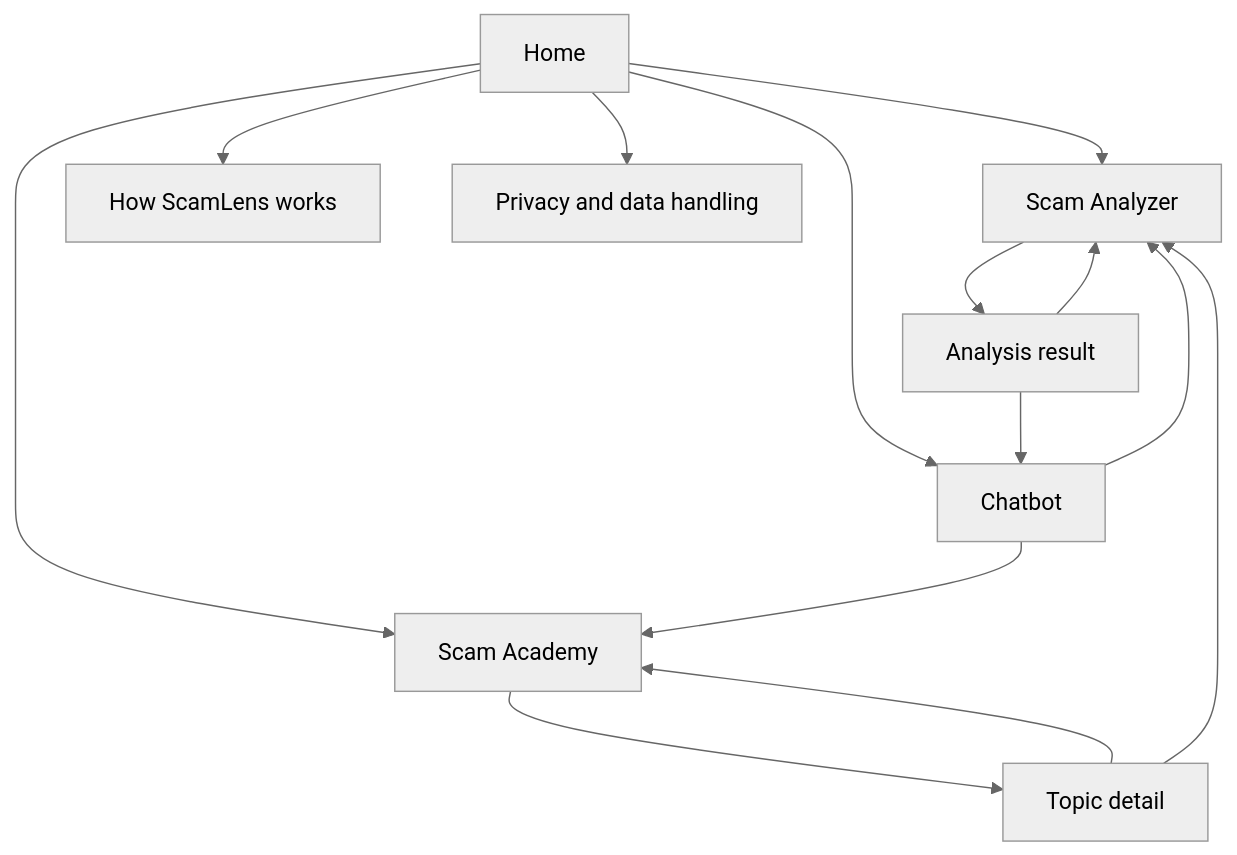
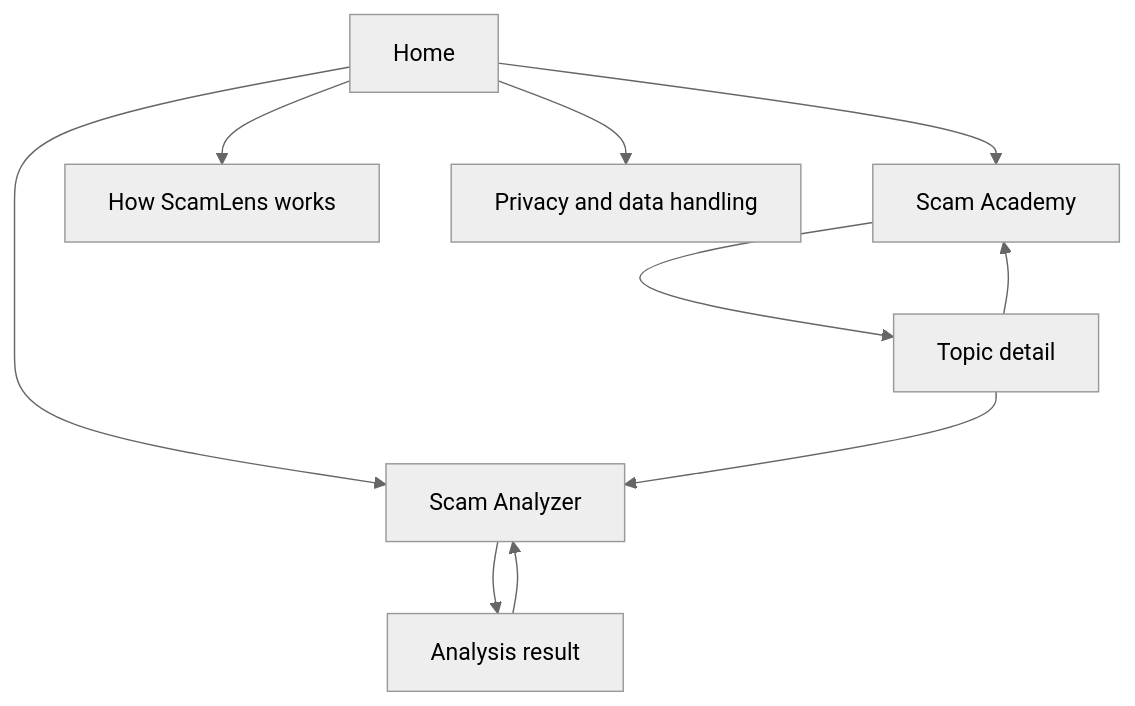
Before and after one commit to chp0703/SCAMLENS-VN: the first of 2 diagrams in frontend/docs/SITEMAP_USER_FLOWS.md, drawn with Mermaid (neutral theme). The commit also changed other lines of this file and 2 other files, not shown here.

Commit message:
docs(frontend): remove chatbot from user flows

````diff
--- a/frontend/docs/SITEMAP_USER_FLOWS.md
+++ b/frontend/docs/SITEMAP_USER_FLOWS.md
@@ -14,24 +14,19 @@
 ```mermaid
 flowchart TD
     HOME[Home]
     ANALYZER[Scam Analyzer]
-    CHAT[Chatbot]
     ACADEMY[Scam Academy]
     TOPIC[Topic detail]
     ABOUT[How ScamLens works]
     PRIVACY[Privacy and data handling]
 
     HOME --> ANALYZER
-    HOME --> CHAT
     HOME --> ACADEMY
     HOME --> ABOUT
     HOME --> PRIVACY
     ANALYZER --> RESULT[Analysis result]
-    RESULT --> CHAT
     RESULT --> ANALYZER
     ACADEMY --> TOPIC
     TOPIC --> ACADEMY
     TOPIC --> ANALYZER
-    CHAT --> ANALYZER
-    CHAT --> ACADEMY
 ```
````
